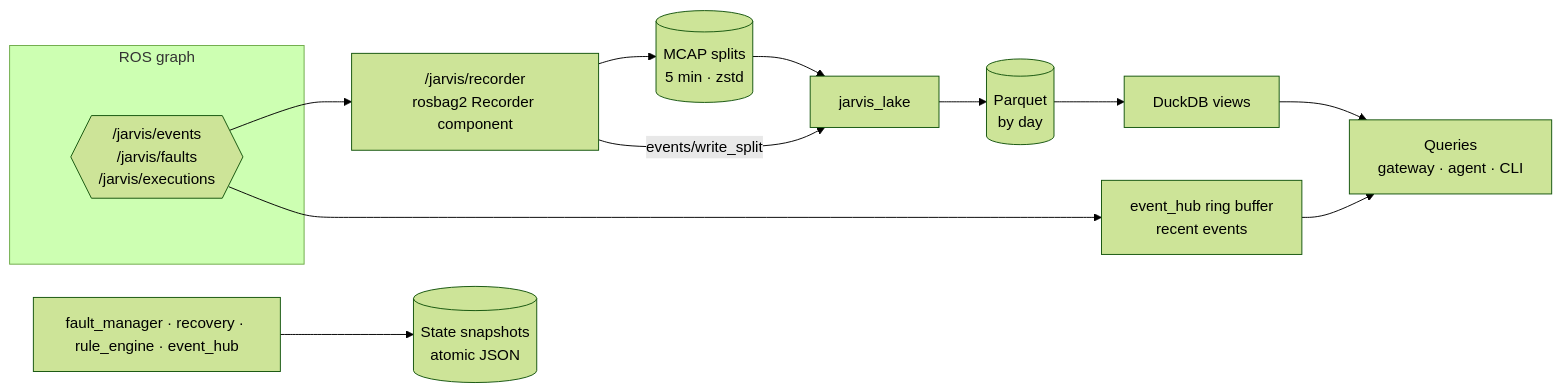
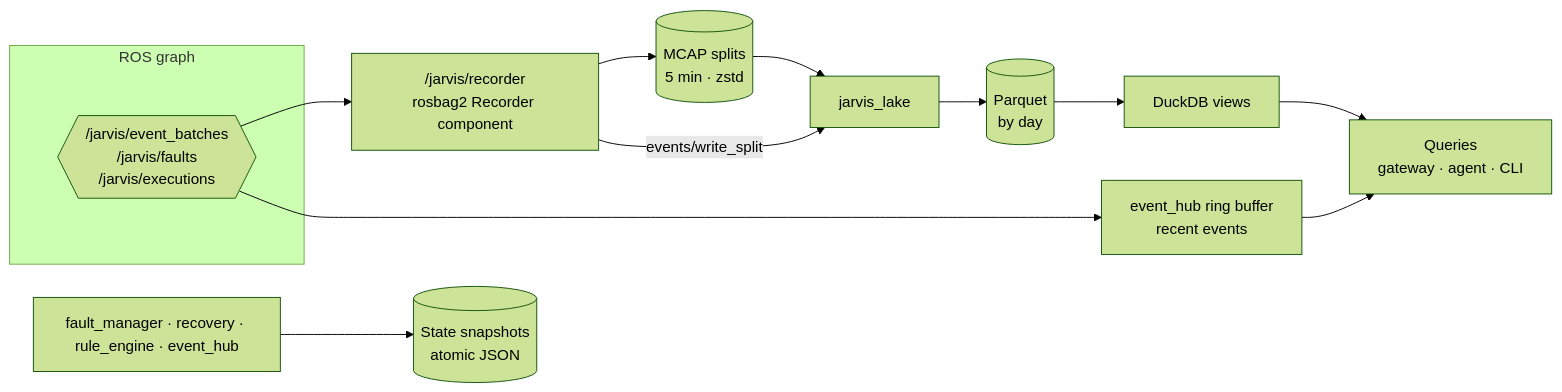
One commit to guilyx/jarvis_ros2 changed the third of 4 diagrams in docs/design/03-data-model.md. Above: the diagram before and after it, drawn with Mermaid (forest theme). The commit also changed other lines of this file and 47 other files, not shown here.

````diff
--- a/docs/design/03-data-model.md
+++ b/docs/design/03-data-model.md
@@ -438,16 +442,16 @@
 ```mermaid
 flowchart LR
   subgraph GRAPH["ROS graph"]
-    EV{{"/jarvis/events<br/>/jarvis/faults<br/>/jarvis/executions"}}
+    EV{{"/jarvis/event_batches<br/>/jarvis/faults<br/>/jarvis/executions"}}
   end
   EV --> REC["/jarvis/recorder<br/>rosbag2 Recorder component"]
   REC --> MCAP[("MCAP splits<br/>5 min · zstd")]
   REC -- "events/write_split" --> LAKE["jarvis_lake"]
   MCAP --> LAKE
   LAKE --> PQ[("Parquet<br/>by day")]
   PQ --> DDB["DuckDB views"]
   EV --> HUB["event_hub ring buffer<br/>recent events"]
   HUB --> Q["Queries<br/>gateway · agent · CLI"]
   DDB --> Q
   CORE["fault_manager · recovery · rule_engine · event_hub"] --> ST[("State snapshots<br/>atomic JSON")]
 ```
````
